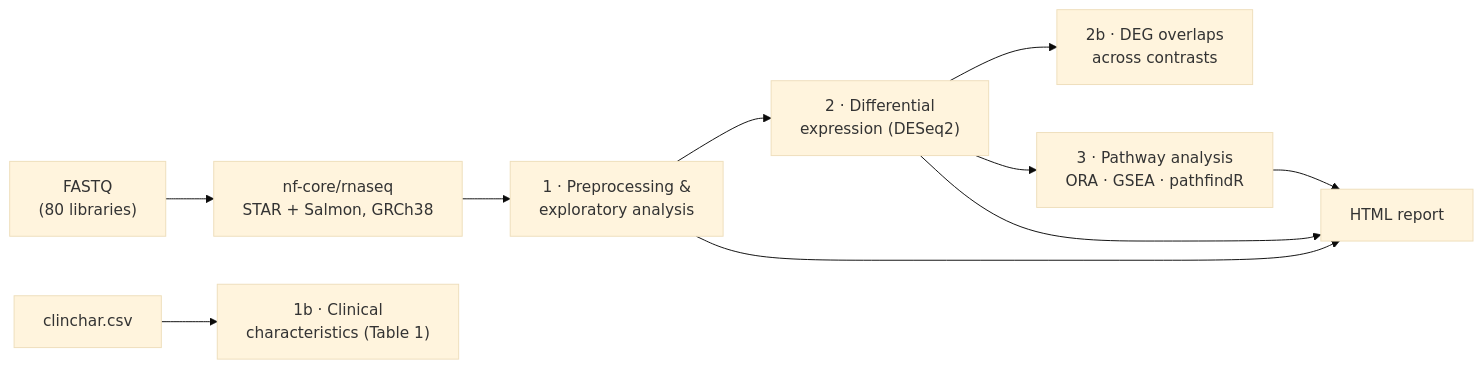
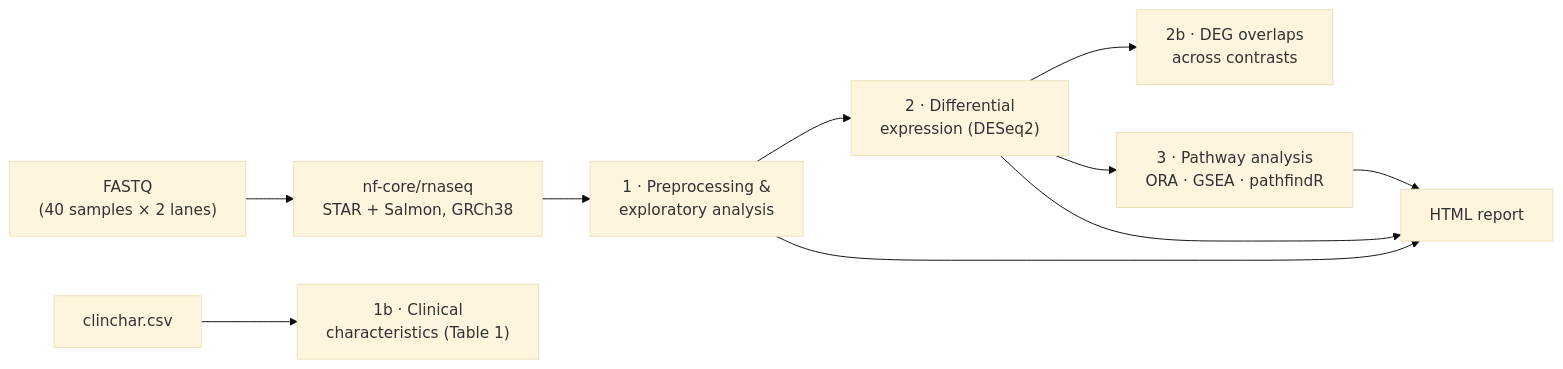
The diagram in README.md (sionaris/tscc_recurrence), drawn with Mermaid (base theme) before and after one commit. The commit also changed other lines of this file and 6 other files, not shown here.

````diff
--- a/README.md
+++ b/README.md
@@ -42,10 +42,10 @@
 ```mermaid
 flowchart LR
-    A["FASTQ<br/>(80 libraries)"] --> B["nf-core/rnaseq<br/>STAR + Salmon, GRCh38"]
+    A["FASTQ<br/>(40 samples × 2 lanes)"] --> B["nf-core/rnaseq<br/>STAR + Salmon, GRCh38"]
     B --> C["1 · Preprocessing &<br/>exploratory analysis"]
     K["clinchar.csv"] --> D["1b · Clinical<br/>characteristics (Table 1)"]
     C --> E["2 · Differential<br/>expression (DESeq2)"]
     E --> F["2b · DEG overlaps<br/>across contrasts"]
     E --> G["3 · Pathway analysis<br/>ORA · GSEA · pathfindR"]
     C & E & G --> H["HTML report"]
 ```
````
